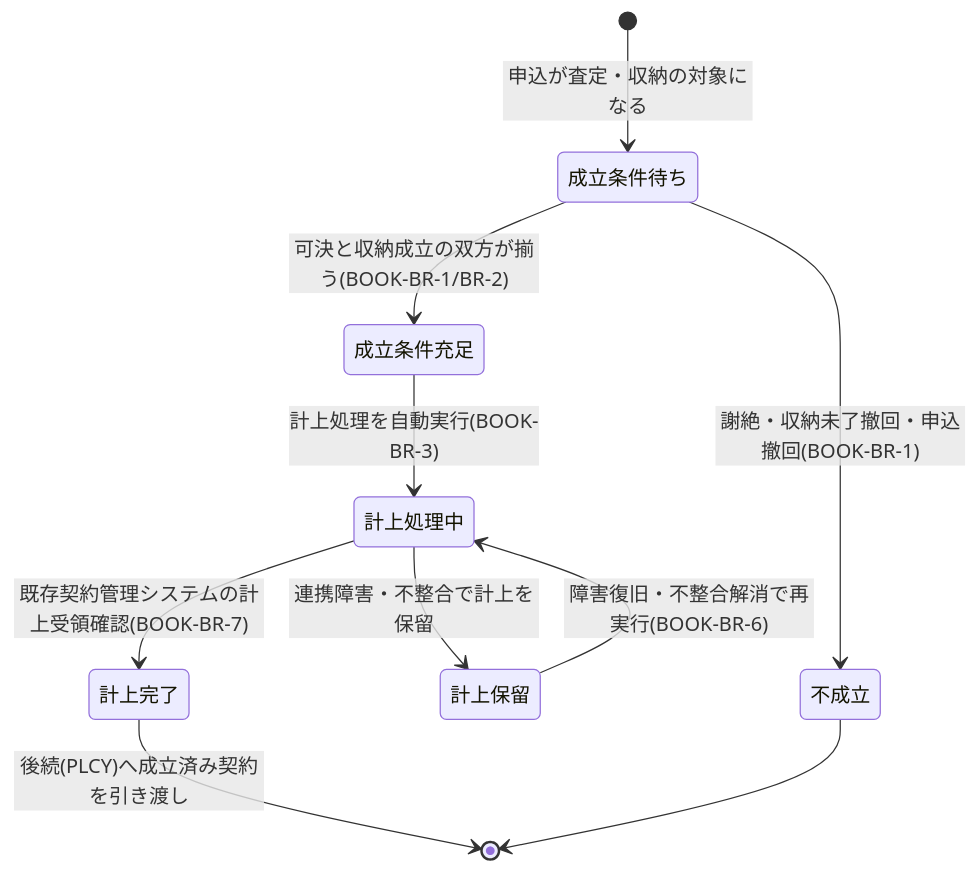
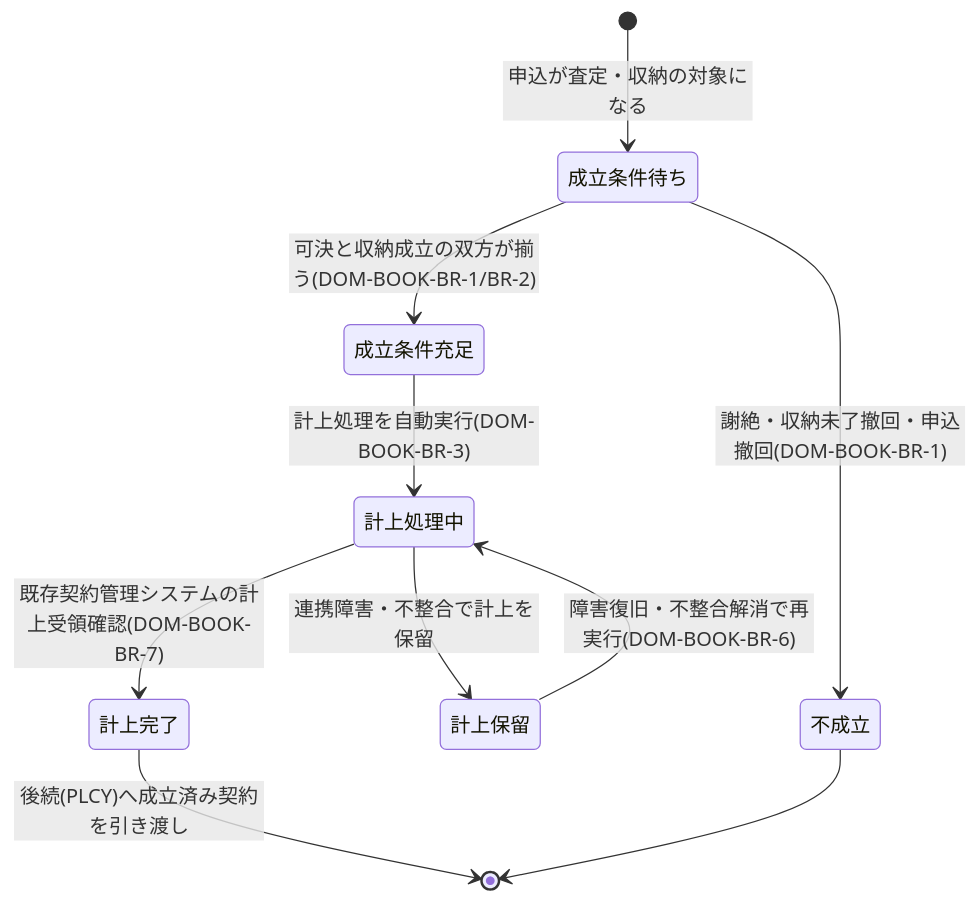
The diagram in docs/D1.business-requirements/domain-requirements/booking-requirement-document.md (Acceler-Digital/karura-sample-artifacts-individual-life-insurance-new-business), drawn with Mermaid before and after one commit. The commit also changed other lines of this file and 28 other files, not shown here.

````diff
--- a/docs/D1.business-requirements/domain-requirements/booking-requirement-document.md
+++ b/docs/D1.business-requirements/domain-requirements/booking-requirement-document.md
@@ -36,12 +36,12 @@
 ```mermaid
 stateDiagram-v2
     [*] --> 成立条件待ち: 申込が査定・収納の対象になる
-    成立条件待ち --> 成立条件充足: 可決と収納成立の双方が揃う(BOOK-BR-1/BR-2)
-    成立条件待ち --> 不成立: 謝絶・収納未了撤回・申込撤回(BOOK-BR-1)
-    成立条件充足 --> 計上処理中: 計上処理を自動実行(BOOK-BR-3)
-    計上処理中 --> 計上完了: 既存契約管理システムの計上受領確認(BOOK-BR-7)
+    成立条件待ち --> 成立条件充足: 可決と収納成立の双方が揃う(DOM-BOOK-BR-1/BR-2)
+    成立条件待ち --> 不成立: 謝絶・収納未了撤回・申込撤回(DOM-BOOK-BR-1)
+    成立条件充足 --> 計上処理中: 計上処理を自動実行(DOM-BOOK-BR-3)
+    計上処理中 --> 計上完了: 既存契約管理システムの計上受領確認(DOM-BOOK-BR-7)
     計上処理中 --> 計上保留: 連携障害・不整合で計上を保留
-    計上保留 --> 計上処理中: 障害復旧・不整合解消で再実行(BOOK-BR-6)
+    計上保留 --> 計上処理中: 障害復旧・不整合解消で再実行(DOM-BOOK-BR-6)
     計上完了 --> [*]: 後続(PLCY)へ成立済み契約を引き渡し
     不成立 --> [*]
 ```
````
